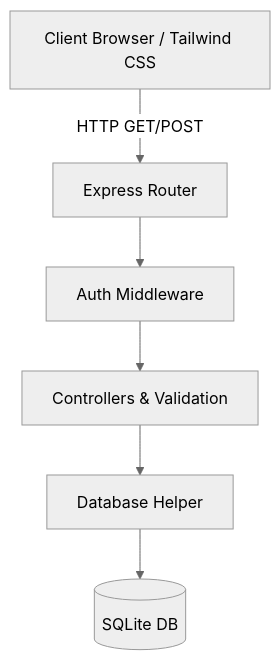
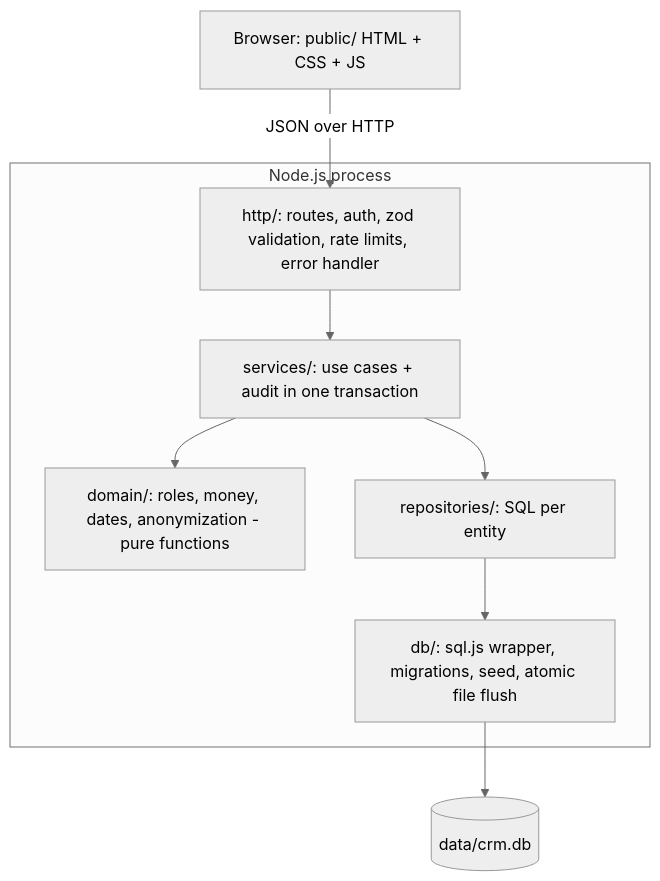
One commit to codebyjuliamendes/enterprise-crm changed the diagram in README.md. Above: the diagram before and after it, drawn with Mermaid (neutral theme). The commit also changed other lines of this file and 1 other file, not shown here.

````diff
--- a/README.md
+++ b/README.md
@@ -15,15 +108,14 @@
 ```mermaid
 graph TD
-    Client[Client Browser / Tailwind CSS]
-    Router[Express Router]
-    Auth[Auth Middleware]
-    Controller[Controllers & Validation]
-    DBHelper[Database Helper]
-    SQLite[(SQLite DB)]
-
-    Client -->|HTTP GET/POST| Router
-    Router --> Auth
-    Auth --> Controller
-    Controller --> DBHelper
-    DBHelper --> SQLite
+    Browser[Browser: public/ HTML + CSS + JS] -->|JSON over HTTP| HTTP
+    subgraph Node.js process
+      HTTP[http/: routes, auth, zod validation, rate limits, error handler]
+      Services[services/: use cases + audit in one transaction]
+      Domain[domain/: roles, money, dates, anonymization - pure functions]
+      Repos[repositories/: SQL per entity]
+      DB[db/: sql.js wrapper, migrations, seed, atomic file flush]
+      HTTP --> Services --> Repos --> DB
+      Services --> Domain
+    end
+    DB --> File[(data/crm.db)]
 ```
````
